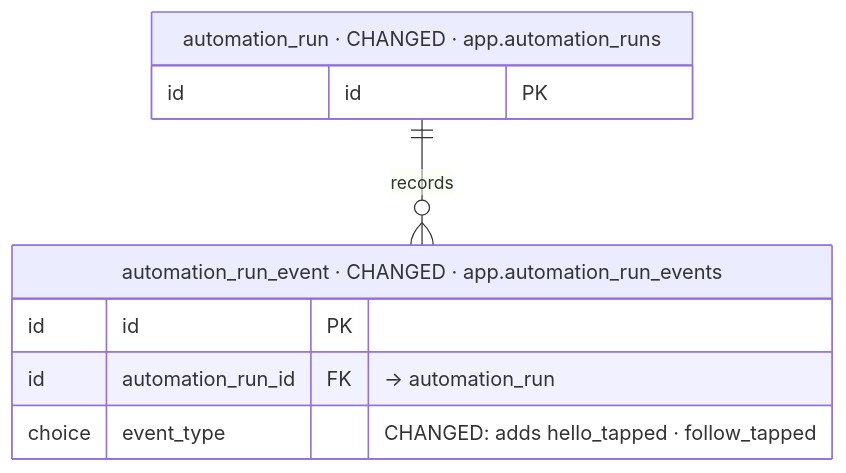
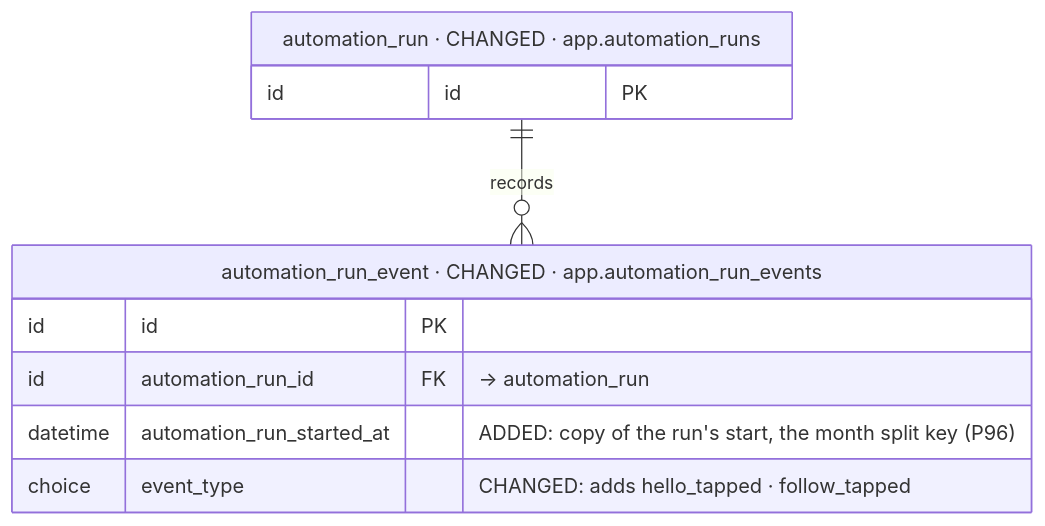
Diagram 16 of 39 in iterations/feat-instagram-dm-sending-2026-11-23-oxak/plans/db-changes.md (albetrios/meepzo-be), drawn with Mermaid before and after one commit. The commit also changed other lines of this file and 3 other files, not shown here.

````diff
--- a/iterations/feat-instagram-dm-sending-2026-11-23-oxak/plans/db-changes.md
+++ b/iterations/feat-instagram-dm-sending-2026-11-23-oxak/plans/db-changes.md
@@ -967,12 +1037,13 @@
 ```mermaid
 erDiagram
   automation_run_event["automation_run_event · CHANGED · app.automation_run_events"] {
     id id PK
     id automation_run_id FK "→ automation_run"
+    datetime automation_run_started_at "ADDED: copy of the run's start, the month split key (P96)"
     choice event_type "CHANGED: adds hello_tapped · follow_tapped"
   }
   automation_run["automation_run · CHANGED · app.automation_runs"] {
     id id PK
   }
   automation_run ||--o{ automation_run_event : "records"
 ```
````
